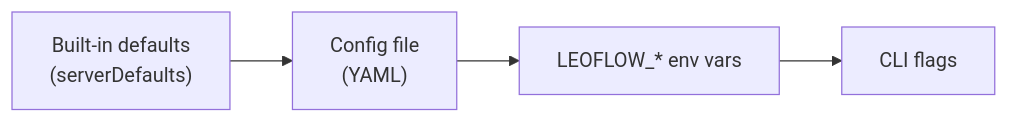
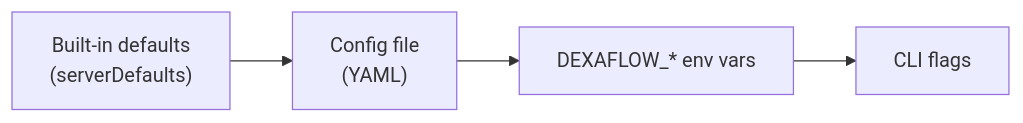
One commit to dexadata/dexaflow changed the diagram in website/content/reference/configuration.md. Above: the diagram before and after it, drawn with Mermaid. The commit also changed other lines of this file and 181 other files, not shown here.

Commit message:
docs: document dexaflow.yaml, DEXAFLOW_ and ~/.dexaflow, and bind both env prefixes in the loaders

````diff
--- a/website/content/reference/configuration.md
+++ b/website/content/reference/configuration.md
@@ -305,6 +305,6 @@
 ```mermaid
 flowchart LR
   D["Built-in defaults<br/>(serverDefaults)"] --> C["Config file<br/>(YAML)"]
-  C --> E["LEOFLOW_* env vars"]
+  C --> E["DEXAFLOW_* env vars"]
   E --> F["CLI flags"]
 ```
````
